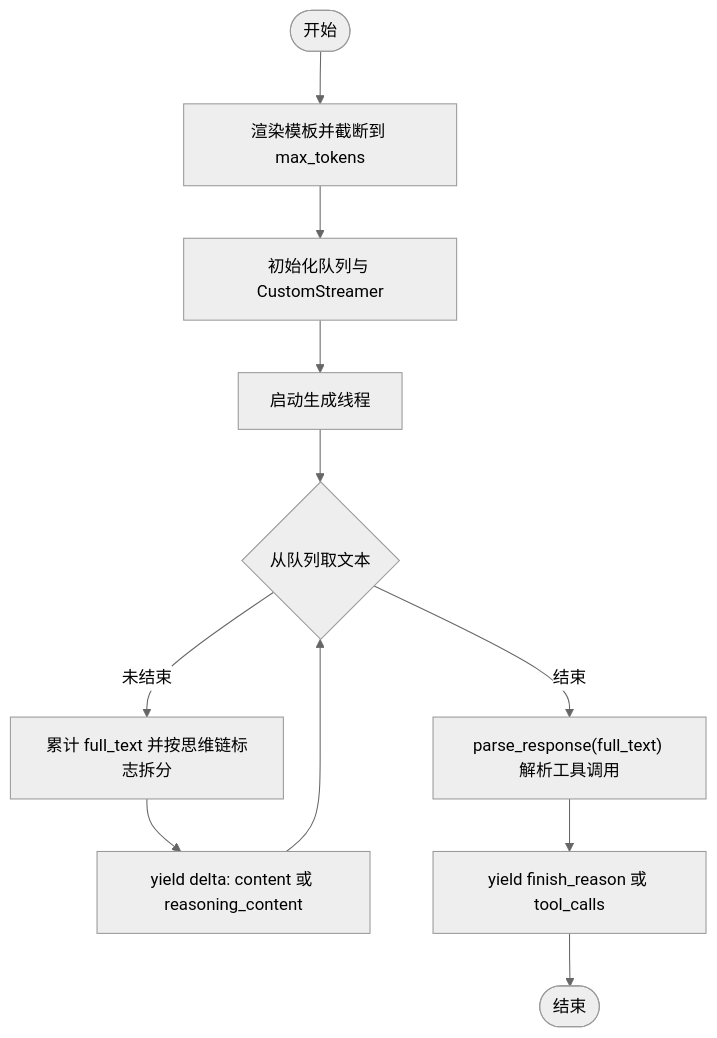
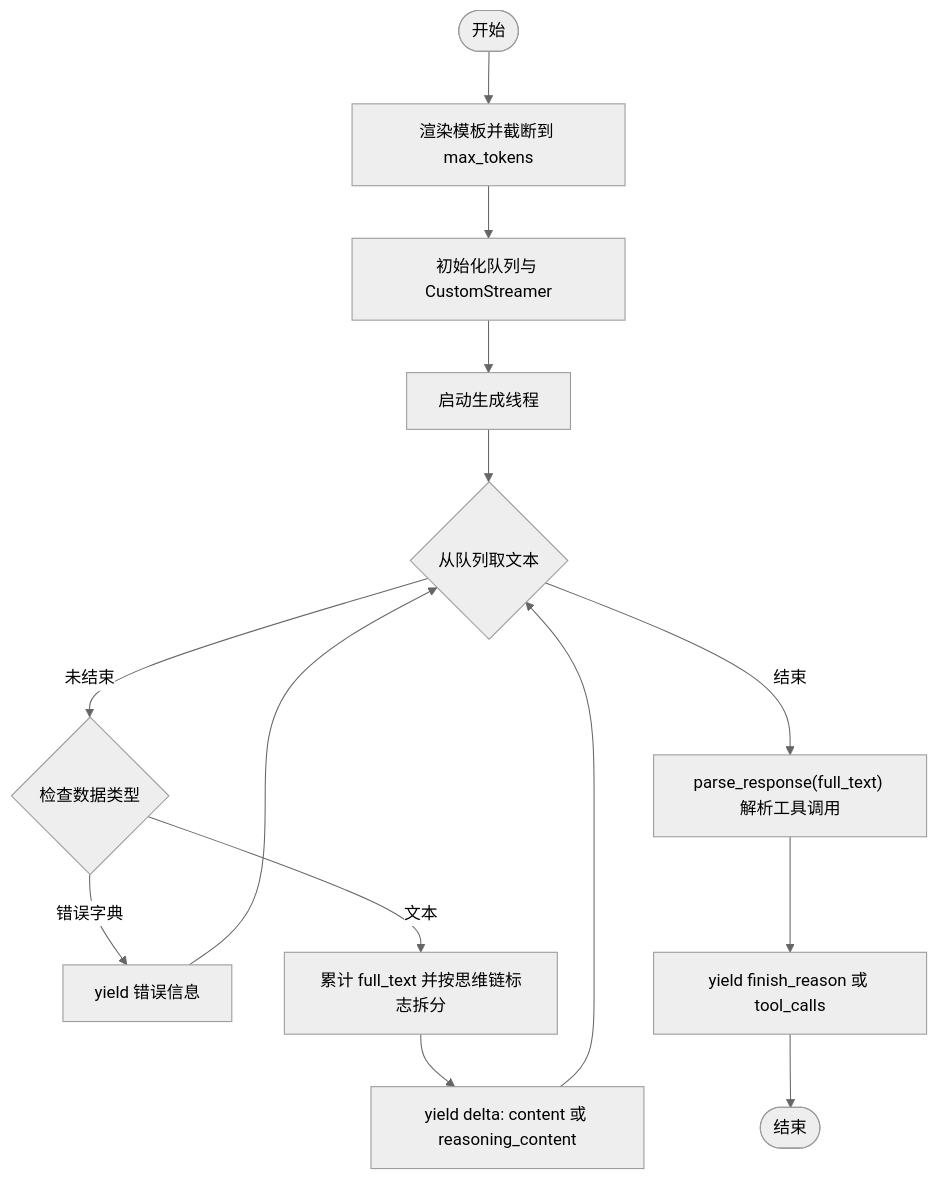
Before and after one commit to haolange/minimind: the third of 4 diagrams in .qoder/repowiki/zh/content/推理服务系统/OpenAI API 服务.md, drawn with Mermaid (neutral theme). The commit also changed other lines of this file and 4 other files, not shown here.

````diff
--- a/.qoder/repowiki/zh/content/推理服务系统/OpenAI API 服务.md
+++ b/.qoder/repowiki/zh/content/推理服务系统/OpenAI API 服务.md
@@ -180,13 +201,16 @@
 ```mermaid
 flowchart TD
 Start(["开始"]) --> Prompt["渲染模板并截断到 max_tokens"]
 Prompt --> Init["初始化队列与 CustomStreamer"]
 Init --> Spawn["启动生成线程"]
 Spawn --> Loop{"从队列取文本"}
-Loop --> |未结束| Emit["累计 full_text 并按思维链标志拆分"]
-Emit --> Yield["yield delta: content 或 reasoning_content"]
+Loop --> |未结束| CheckType{"检查数据类型"}
+CheckType --> |错误字典| EmitError["yield 错误信息"]
+CheckType --> |文本| Accumulate["累计 full_text 并按思维链标志拆分"]
+Accumulate --> Yield["yield delta: content 或 reasoning_content"]
 Yield --> Loop
 Loop --> |结束| Parse["parse_response(full_text) 解析工具调用"]
 Parse --> Finish["yield finish_reason 或 tool_calls"]
 Finish --> End(["结束"])
+EmitError --> Loop
 ```
````
